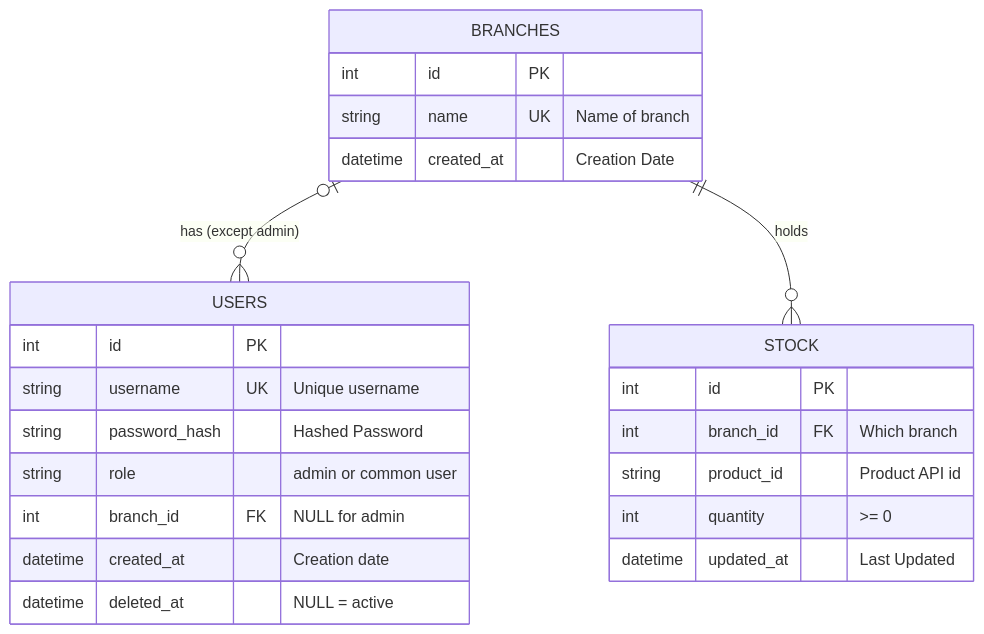
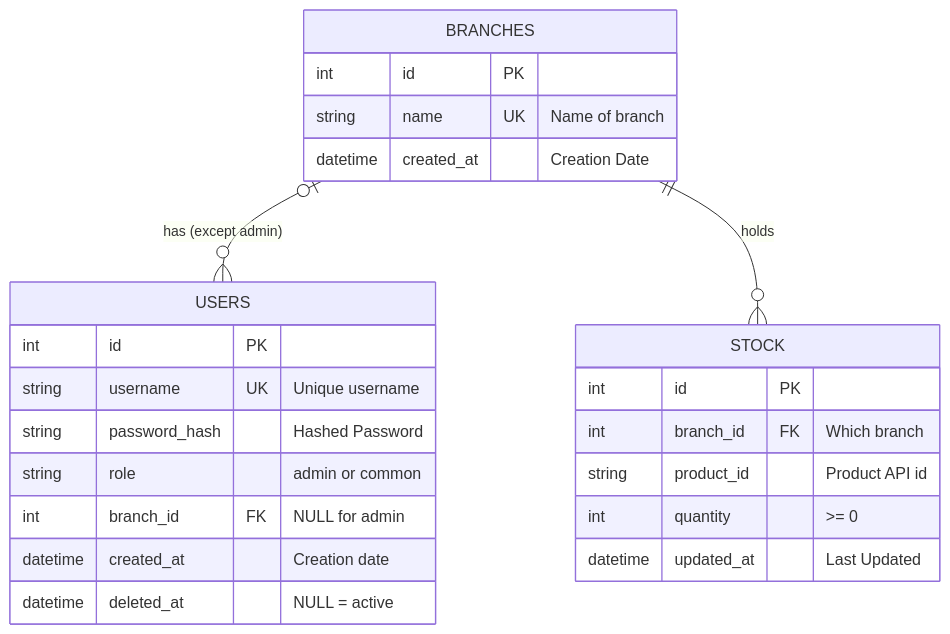
The diagram in docs/database.md (The-TO/HBntory_T_T_D), drawn with Mermaid before and after one commit. The commit also changed 1 other file, not shown here.

Commit message:
FEAT: add SQLAlchemy models for branches, users, and stock inventory

````diff
--- a/docs/database.md
+++ b/docs/database.md
@@ -27,26 +27,26 @@
 ```mermaid
 erDiagram
    BRANCHES |o--o{ USERS : "has (except admin)"
    BRANCHES ||--o{ STOCK : holds
    BRANCHES {
        int id PK
        string name UK "Name of branch"
        datetime created_at "Creation Date"
    }
    USERS {
        int id PK
        string username UK "Unique username"
        string password_hash "Hashed Password"
-       string role "admin or common user"
+       string role "admin or common"
        int branch_id FK "NULL for admin"
        datetime created_at "Creation date"
        datetime deleted_at "NULL = active"
    }
    STOCK {
        int id PK
        int branch_id FK "Which branch"
        string product_id "Product API id"
        int quantity ">= 0"
        datetime updated_at "Last Updated"
    }
 ```
````
